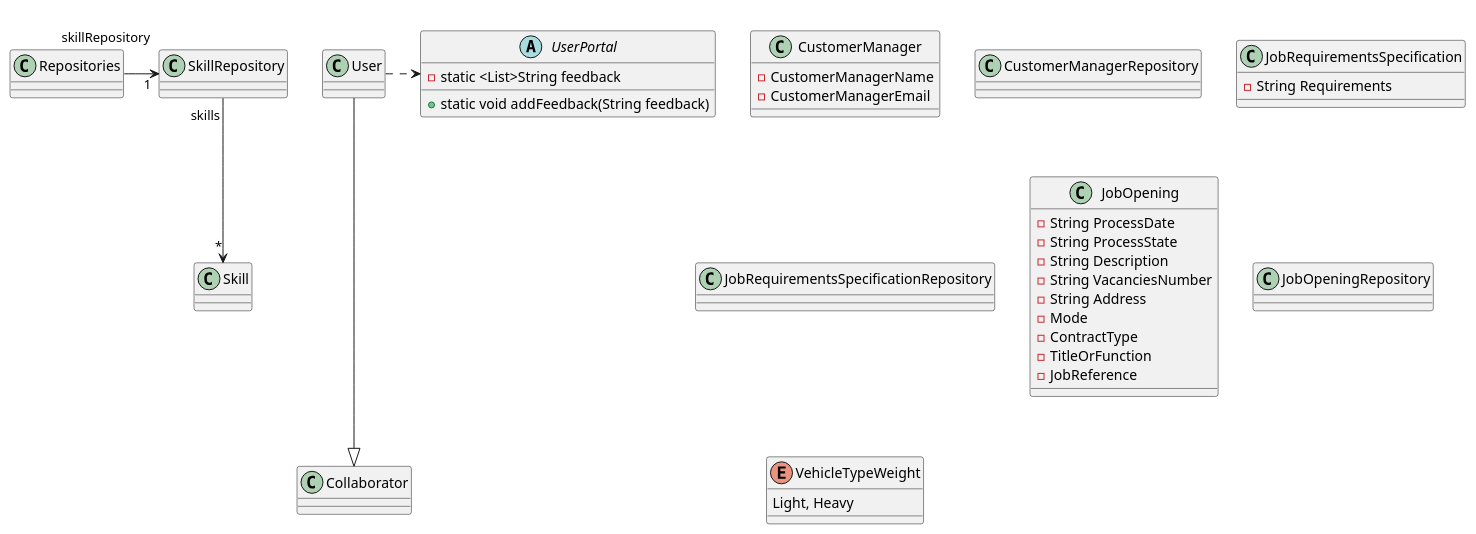
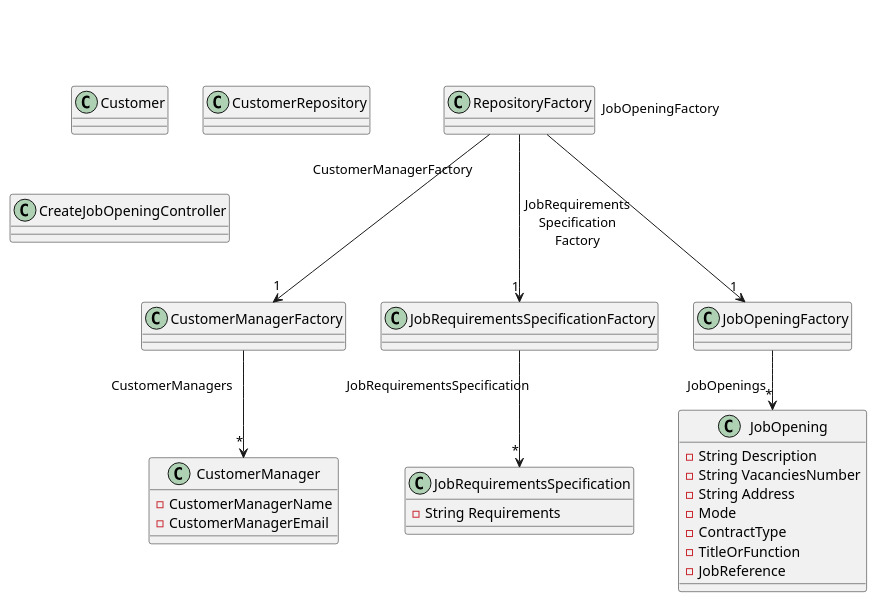
The diagram in docs/SprintB/1002/1002-class-diagram.puml (MiguelCardoso77/LAPR4), drawn with PlantUML before and after one commit. The commit also changed 1 other file, not shown here.

Commit message:
#10 structure for class diagram

```diff
--- a/docs/SprintB/1002/1002-class-diagram.puml
+++ b/docs/SprintB/1002/1002-class-diagram.puml
@@ -1,59 +1,48 @@
 @startuml
+'skinparam linetype ortho
+'left to right direction
 
+class Customer
+
+class CustomerRepository
+
+class CreateJobOpeningController
 class CustomerManager {
     - CustomerManagerName
     - CustomerManagerEmail
 }
 
-class CustomerManagerRepository {
-}
+class CustomerManagerFactory {}
 
 class JobRequirementsSpecification {
    - String Requirements
 }
-class JobRequirementsSpecificationRepository {
-}
+class JobRequirementsSpecificationFactory {}
 
 class JobOpening {
-   - String ProcessDate
-   - String ProcessState
    - String Description
    - String VacanciesNumber
    - String Address
    - Mode
    - ContractType
    - TitleOrFunction
    - JobReference
 }
-class JobOpeningRepository {
-}
+class JobOpeningFactory {}
+class RepositoryFactory {}
+
+
+
+RepositoryFactory "\lCustomerManagerFactory           " ---> "1" CustomerManagerFactory
+RepositoryFactory "\n\n\n\n\nJobOpeningFactory" ---> "1" JobOpeningFactory
+RepositoryFactory "\n\n\nJobRequirements\nSpecification\nFactory" ---> "1" JobRequirementsSpecificationFactory
+
+CustomerManagerFactory "\nCustomerManagers" --> "*" CustomerManager
+JobOpeningFactory "\nJobOpenings" --> "*" JobOpening
+JobRequirementsSpecificationFactory "\nJobRequirementsSpecification" --> "*" JobRequirementsSpecification
 
 
 
 
 
-
-
-
-
-
-
-
-
-
-abstract class UserPortal {
-    - static <List>String feedback
-    + static void addFeedback(String feedback)
-}
-
-
-enum VehicleTypeWeight {
-    Light, Heavy
-}
-
-Repositories "\nskillRepository" -> "1" SkillRepository
-User ---|> Collaborator
-User .> UserPortal
-SkillRepository "skills" --> "*" Skill
-
 @enduml
```
